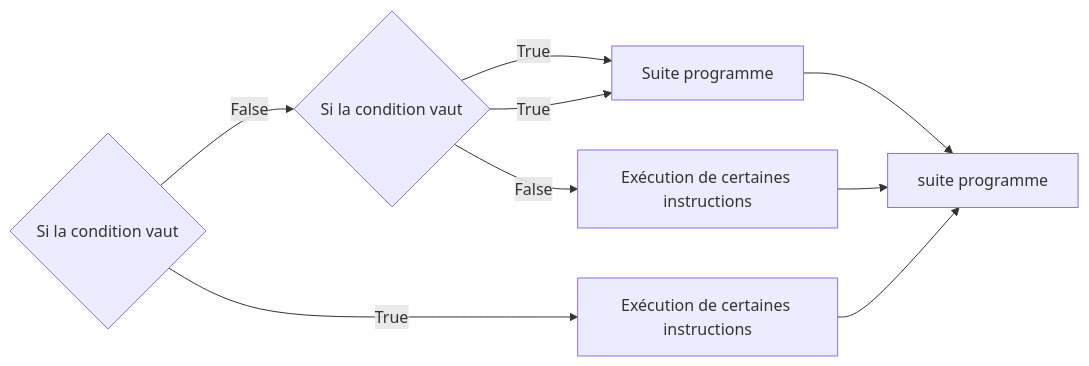
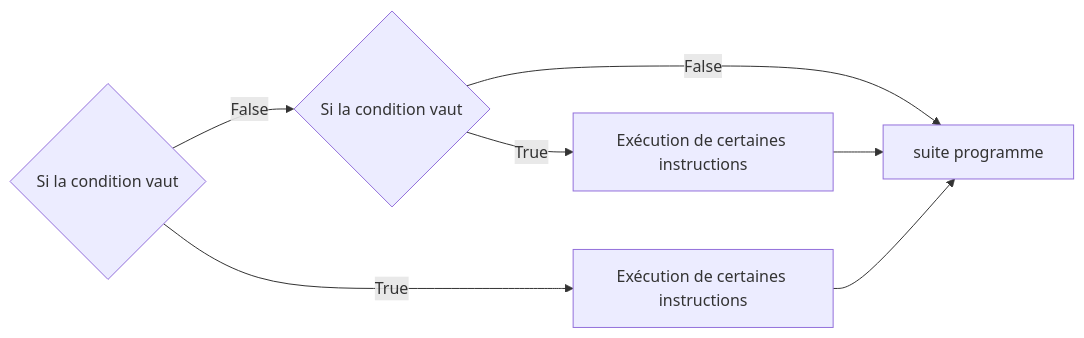
Before and after one commit to boddaert/nsi: the fifth of 6 diagrams in première/Constructions élémentaires/Conditions.md, drawn with Mermaid.

Commit message:
milieu conditions

````diff
--- a/première/Constructions élémentaires/Conditions.md
+++ b/première/Constructions élémentaires/Conditions.md
@@ -105,12 +105,10 @@
 ```mermaid
   graph LR;
       A{Si la condition vaut};
       A--True-->B[Exécution de certaines instructions];
       A--False-->C{Si la condition vaut};
       C--True-->D[Exécution de certaines instructions];
-      C--False-->E[Exécution de certaines instructions];
-      C--True-->D[Suite programme]; 
-      D-->F[Suite programme];
-      E-->F[suite programme];
-      B-->F[suite programme];
+      C--False-->E[Suite programme];
+      D-->E[Suite programme];
+      B-->E[suite programme];
 ```
````
